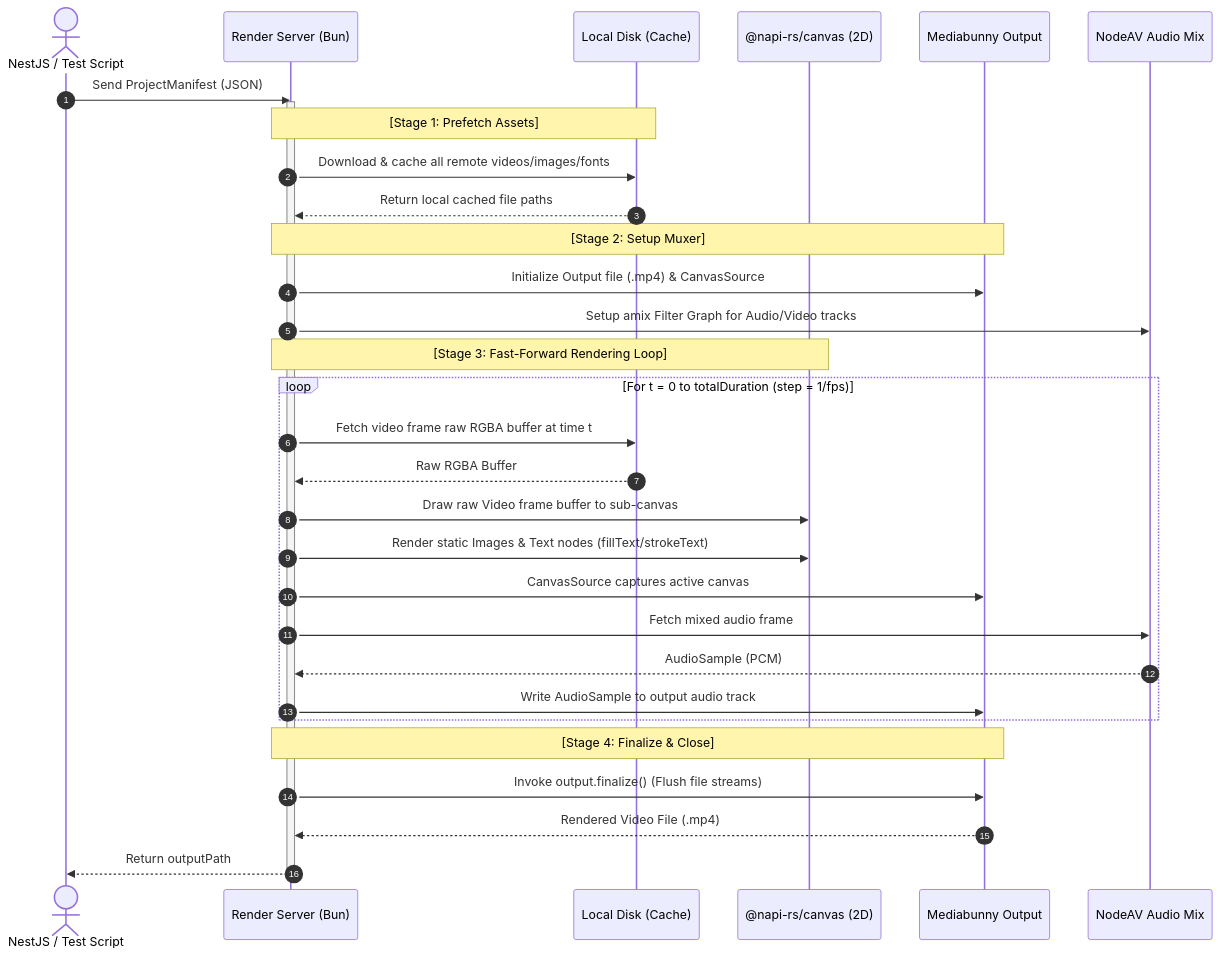
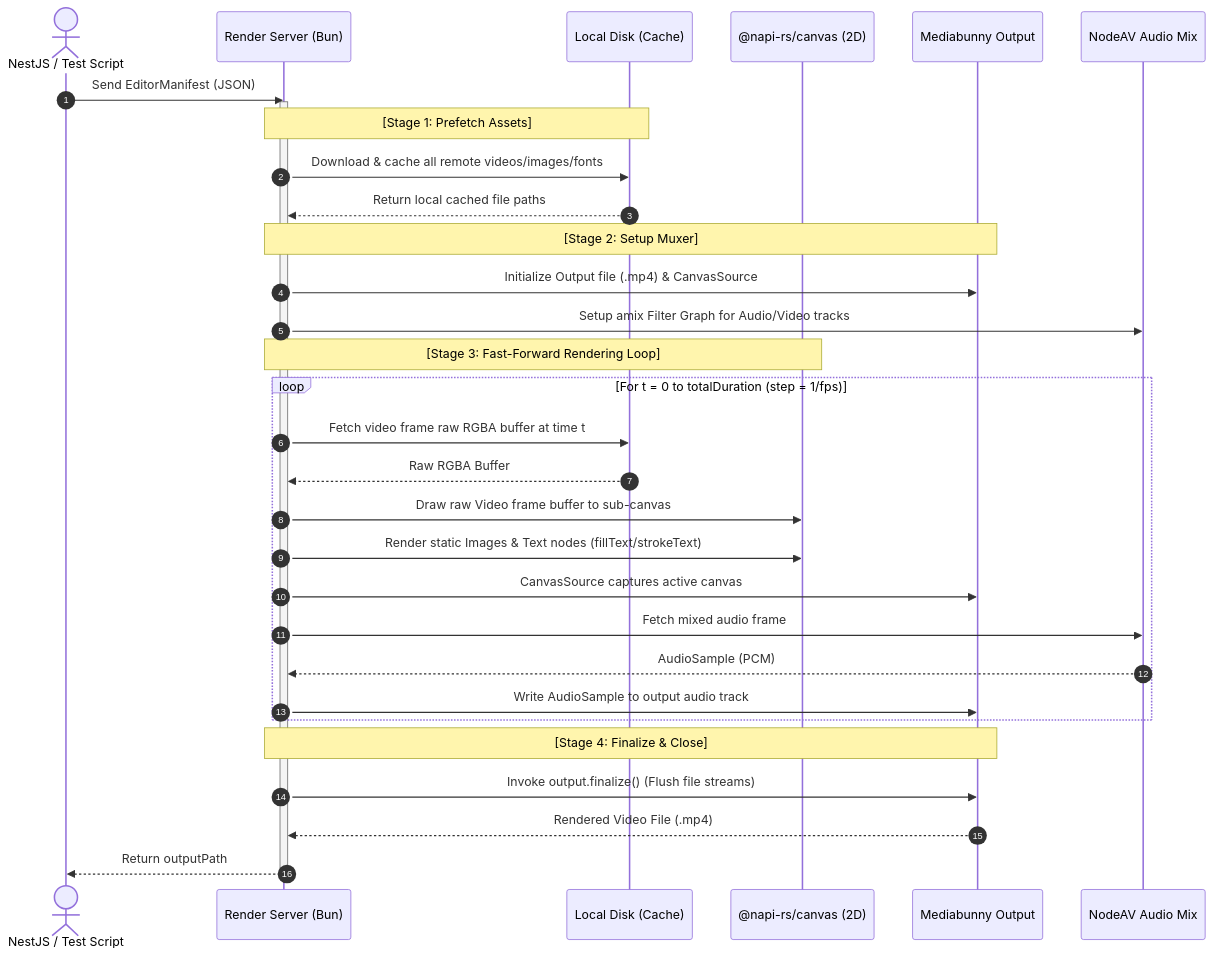
One commit to 2noScript/media-render changed the fourth of 4 diagrams in docs/render_architecture_plan.md. Above: the diagram before and after it, drawn with Mermaid. The commit also changed other lines of this file and 1 other file, not shown here.

Commit message:
refactor: standardize Mermaid diagram node labels and rename project manifest references to EditorManifest

````diff
--- a/docs/render_architecture_plan.md
+++ b/docs/render_architecture_plan.md
@@ -142,41 +142,41 @@
 ```mermaid
 sequenceDiagram
     autonumber
     actor Client as NestJS / Test Script
     participant Server as Render Server (Bun)
     participant Disk as Local Disk (Cache)
     participant Canvas as @napi-rs/canvas (2D)
     participant MB as Mediabunny Output
     participant NodeAV as NodeAV Audio Mix
 
-    Client->>Server: Send ProjectManifest (JSON)
+    Client->>Server: Send EditorManifest (JSON)
     activate Server
     
     Note over Server,Disk: [Stage 1: Prefetch Assets]
     Server->>Disk: Download & cache all remote videos/images/fonts
     Disk-->>Server: Return local cached file paths
     
     Note over Server,MB: [Stage 2: Setup Muxer]
     Server->>MB: Initialize Output file (.mp4) & CanvasSource
     Server->>NodeAV: Setup amix Filter Graph for Audio/Video tracks
     
     Note over Server,Canvas: [Stage 3: Fast-Forward Rendering Loop]
     loop For t = 0 to totalDuration (step = 1/fps)
         Server->>Disk: Fetch video frame raw RGBA buffer at time t
         Disk-->>Server: Raw RGBA Buffer
         Server->>Canvas: Draw raw Video frame buffer to sub-canvas
         Server->>Canvas: Render static Images & Text nodes (fillText/strokeText)
         Server->>MB: CanvasSource captures active canvas
         
         Server->>NodeAV: Fetch mixed audio frame
         NodeAV-->>Server: AudioSample (PCM)
         Server->>MB: Write AudioSample to output audio track
     end
     
     Note over Server,MB: [Stage 4: Finalize & Close]
     Server->>MB: Invoke output.finalize() (Flush file streams)
     MB-->>Server: Rendered Video File (.mp4)
     
     Server-->>Client: Return outputPath
     deactivate Server
 ```
````
